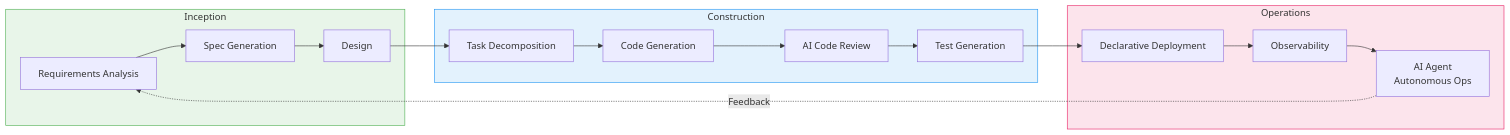
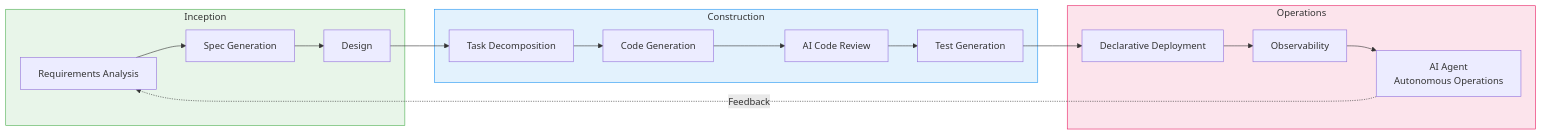
One commit to devfloor9/engineering-playbook changed the first of 3 diagrams in i18n/en/docusaurus-plugin-content-docs/current/aiops-aidlc/aidlc-framework.md. Above: the diagram before and after it, drawn with Mermaid. The commit also changed other lines of this file and 43 other files, not shown here.

````diff
--- a/i18n/en/docusaurus-plugin-content-docs/current/aiops-aidlc/aidlc-framework.md
+++ b/i18n/en/docusaurus-plugin-content-docs/current/aiops-aidlc/aidlc-framework.md
@@ -141,31 +142,31 @@
 ```mermaid
 graph LR
     subgraph Inception["Inception"]
         REQ["Requirements Analysis"]
         SPEC["Spec Generation"]
         DESIGN["Design"]
     end
 
     subgraph Construction["Construction"]
         TASKS["Task Decomposition"]
         CODE["Code Generation"]
         REVIEW["AI Code Review"]
         TEST["Test Generation"]
     end
 
     subgraph Operations["Operations"]
         DEPLOY["Declarative Deployment"]
         OBSERVE["Observability"]
-        AGENT["AI Agent<br/>Autonomous Ops"]
+        AGENT["AI Agent<br/>Autonomous Operations"]
     end
 
     REQ --> SPEC --> DESIGN --> TASKS
     TASKS --> CODE --> REVIEW --> TEST
     TEST --> DEPLOY --> OBSERVE --> AGENT
 
     AGENT -.->|Feedback| REQ
 
     style Inception fill:#e8f5e9,stroke:#4caf50
     style Construction fill:#e3f2fd,stroke:#2196f3
     style Operations fill:#fce4ec,stroke:#e91e63
 ```
````
